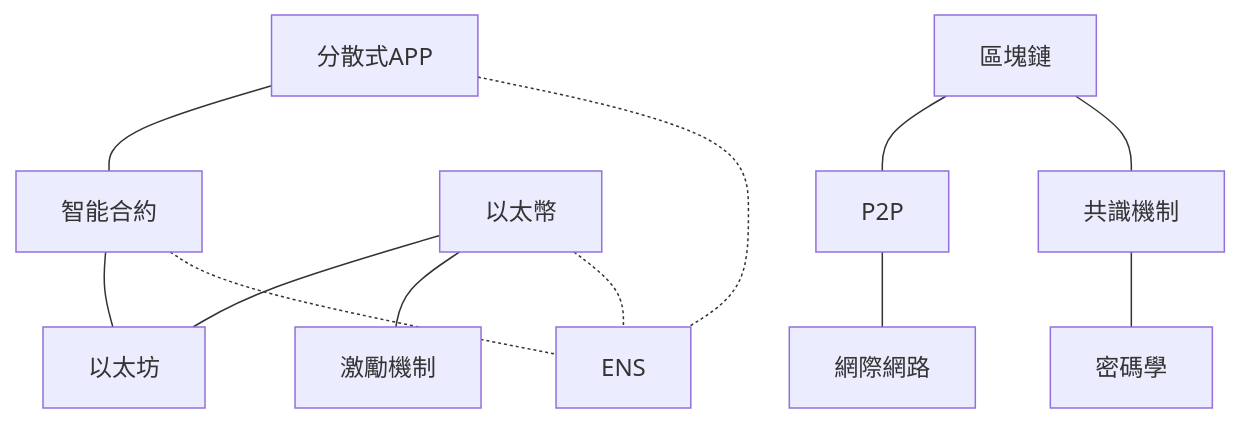
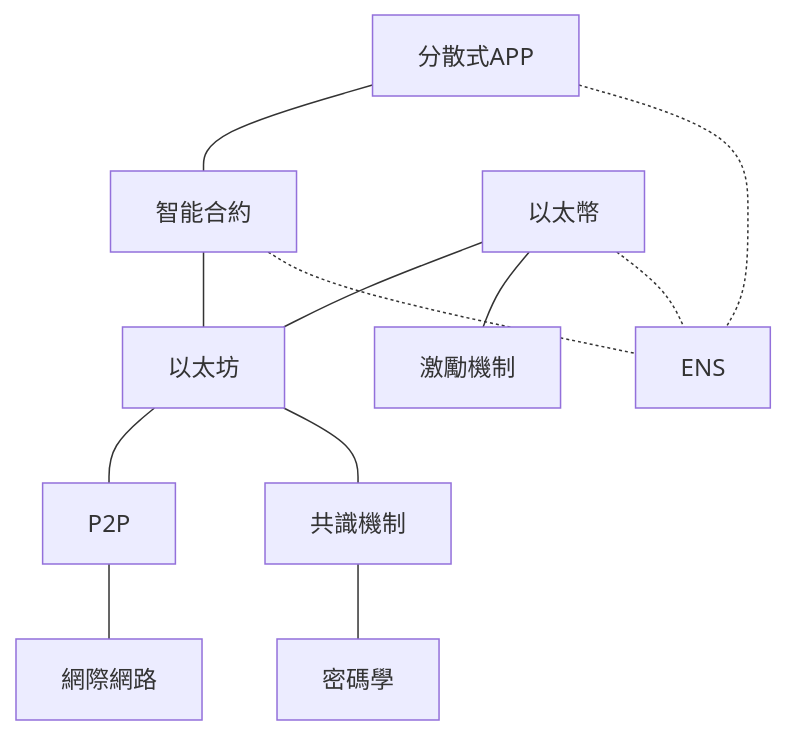
The diagram in source/_posts/what-is-ethereum.md (gasolin/blog), drawn with Mermaid before and after one commit. The commit also changed other lines of this file, not shown here.

```diff
--- a/source/_posts/what-is-ethereum.md
+++ b/source/_posts/what-is-ethereum.md
@@ -16,14 +16,14 @@
 {% mermaid %}
 graph TD
 分散式APP --- 智能合約
 智能合約 --- 以太坊
 以太幣 --- 以太坊
 以太幣 --- 激勵機制
-區塊鏈 --- P2P
-區塊鏈 --- 共識機制
+以太坊 --- P2P
+以太坊 --- 共識機制
 共識機制 --- 密碼學
 P2P --- 網際網路
 分散式APP -.- ENS
 智能合約 -.- ENS
 以太幣 -.- ENS
 {% endmermaid %}
```
